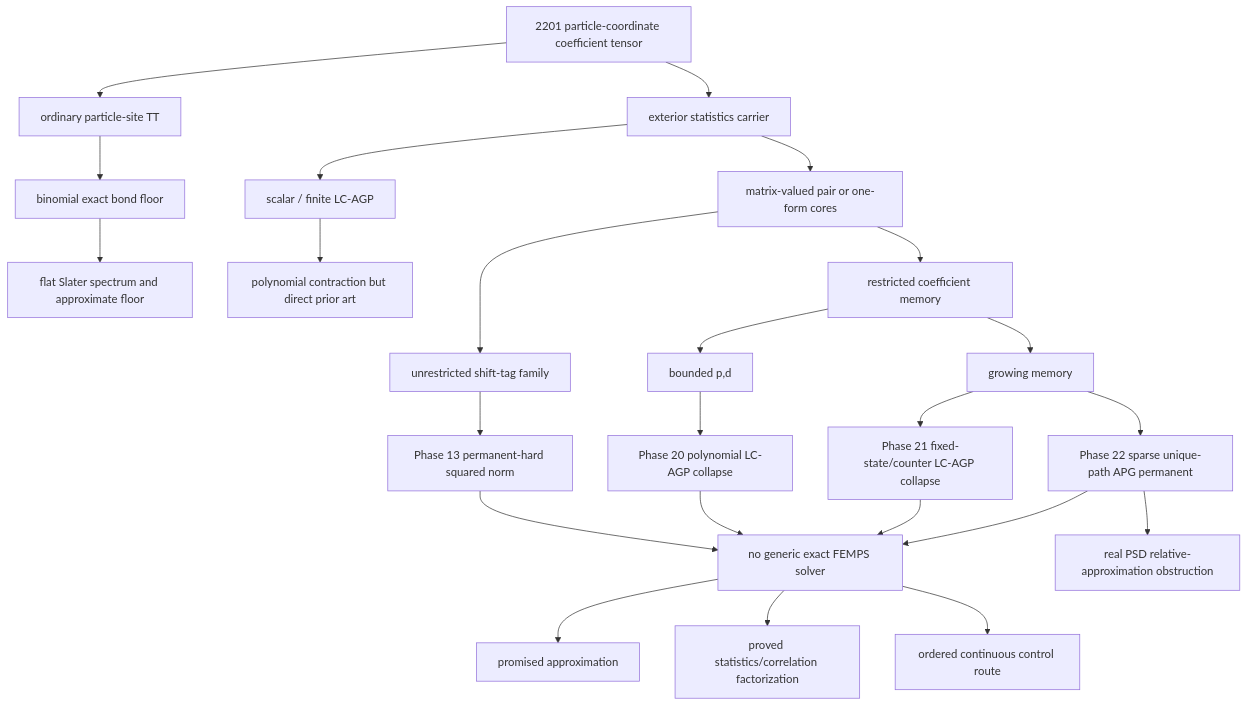
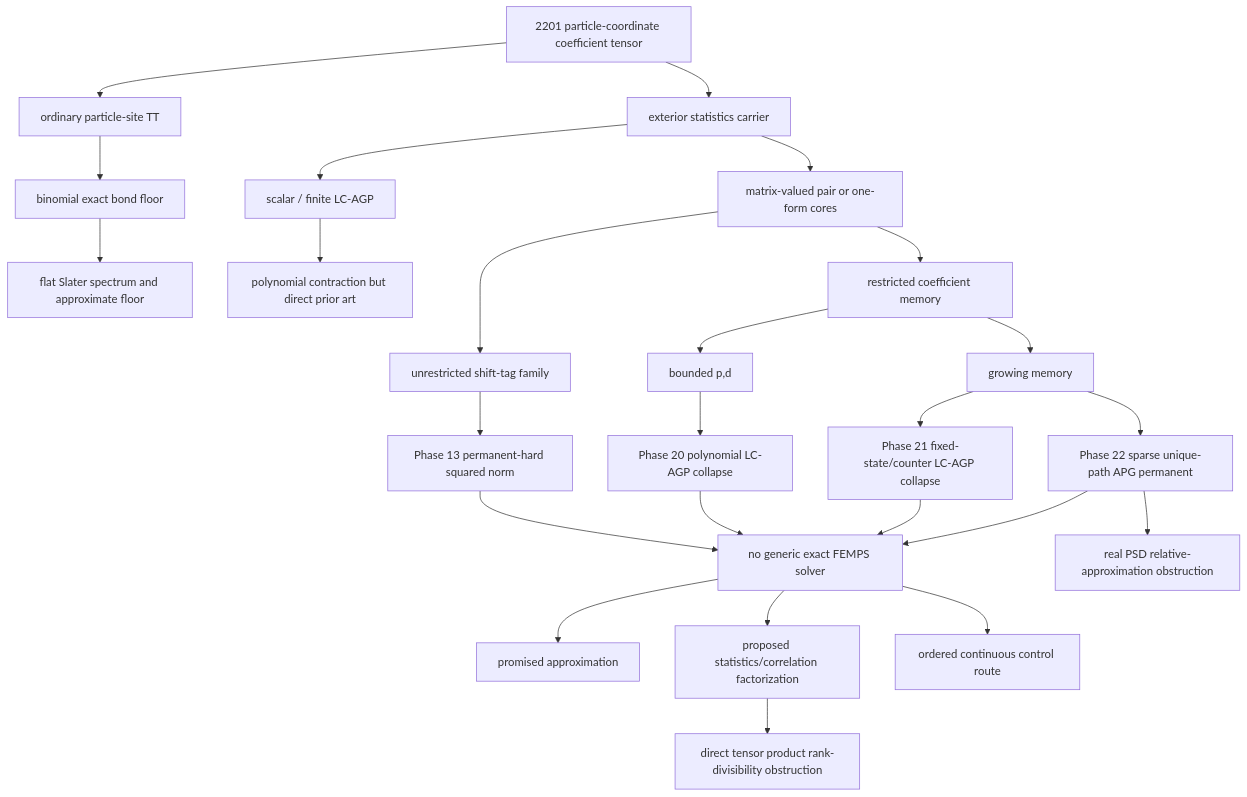
One commit to intproduct/FEMPS changed the diagram in docs/theory/exterior_no_go_hierarchy.md. Above: the diagram before and after it, drawn with Mermaid. The commit also changed other lines of this file and 20 other files, not shown here.

Commit message:
theory: reject universal statistics carrier product

````diff
--- a/docs/theory/exterior_no_go_hierarchy.md
+++ b/docs/theory/exterior_no_go_hierarchy.md
@@ -35,26 +35,27 @@
 ```mermaid
 flowchart TD
     A[2201 particle-coordinate coefficient tensor] --> B[ordinary particle-site TT]
     A --> C[exterior statistics carrier]
     B --> B1[binomial exact bond floor]
     B1 --> B2[flat Slater spectrum and approximate floor]
     C --> D[scalar / finite LC-AGP]
     C --> E[matrix-valued pair or one-form cores]
     D --> D1[polynomial contraction but direct prior art]
     E --> E1[unrestricted shift-tag family]
     E --> E2[restricted coefficient memory]
     E1 --> H1[Phase 13 permanent-hard squared norm]
     E2 --> F1[bounded p,d]
     E2 --> F2[growing memory]
     F1 --> L1[Phase 20 polynomial LC-AGP collapse]
     F2 --> L2[Phase 21 fixed-state/counter LC-AGP collapse]
     F2 --> H2[Phase 22 sparse unique-path APG permanent]
     H1 --> S[no generic exact FEMPS solver]
     L1 --> S
     L2 --> S
     H2 --> S
     S --> R1[promised approximation]
-    S --> R2[proved statistics/correlation factorization]
+    S --> R2[proposed statistics/correlation factorization]
     S --> R3[ordered continuous control route]
     H2 --> H3[real PSD relative-approximation obstruction]
+    R2 --> H4[direct tensor product rank-divisibility obstruction]
 ```
````
